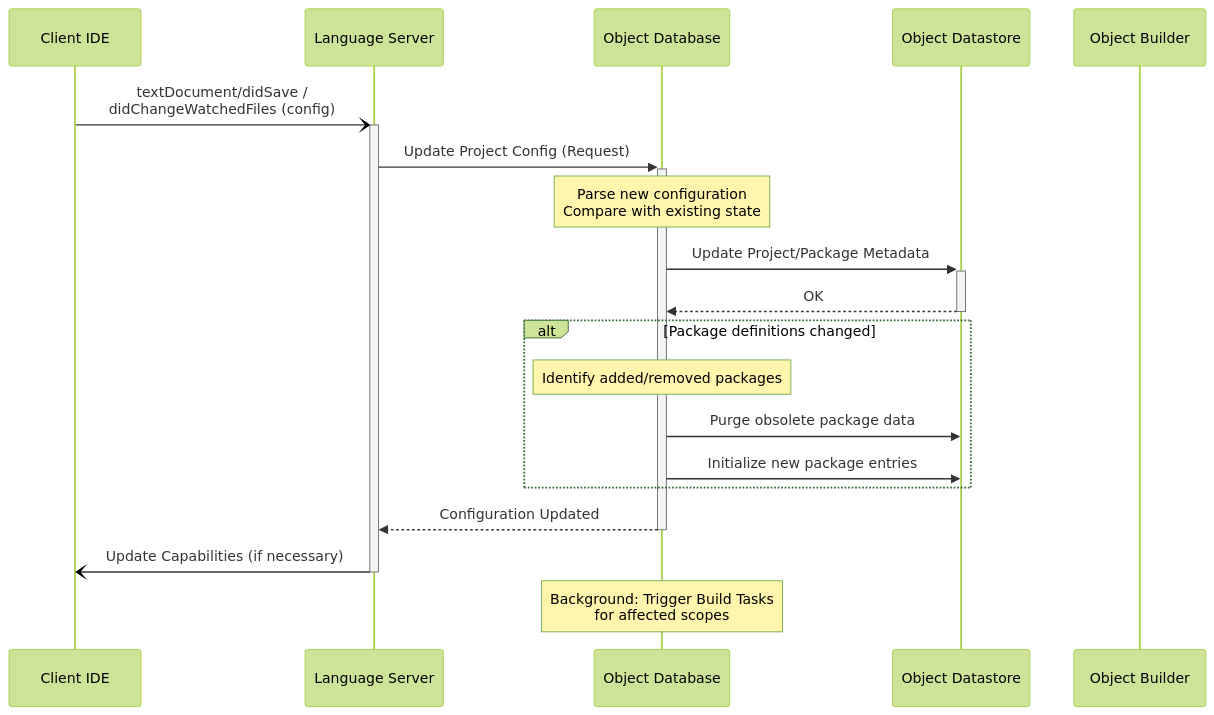
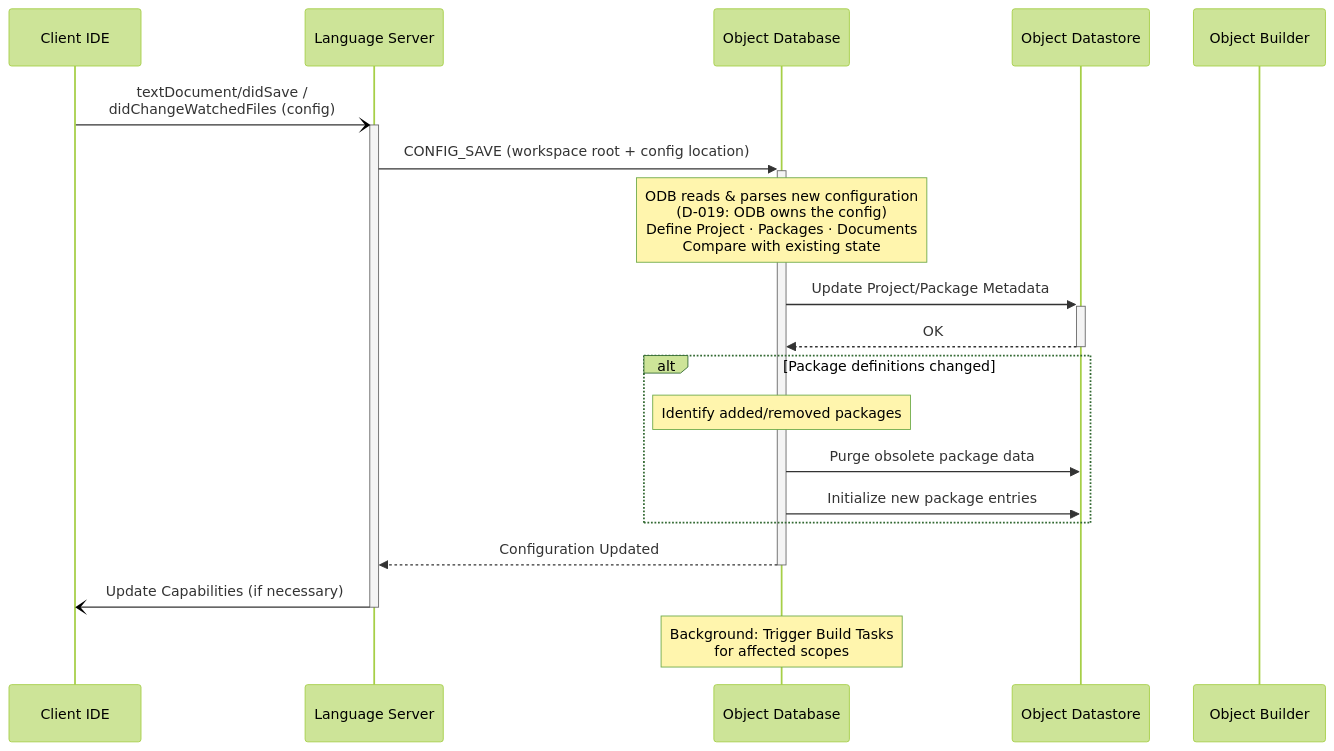
One commit to tyskdm/gdoc changed the diagram in docs/architecture/gdocServer/usecase_analysis/2. Edit Workspace Configuration File.md. Above: the diagram before and after it, drawn with Mermaid (forest theme). The commit also changed 6 other files, not shown here.

First line of the commit message:
docs: ODB owns workspace config scoping (D-019)

````diff
--- a/docs/architecture/gdocServer/usecase_analysis/2. Edit Workspace Configuration File.md
+++ b/docs/architecture/gdocServer/usecase_analysis/2. Edit Workspace Configuration File.md
@@ -20,26 +20,26 @@
 ```mermaid
 sequenceDiagram
   participant IDE as Client IDE
   participant LS as Language Server
   participant ODB as Object Database
   participant OBJ as Object Datastore
   participant BLD as Object Builder
 
   IDE -) +LS: textDocument/didSave /<br/>didChangeWatchedFiles (config)
-    LS ->> +ODB: Update Project Config (Request)
-      Note over ODB: Parse new configuration<br/>Compare with existing state
+    LS ->> +ODB: CONFIG_SAVE (workspace root + config location)
+      Note over ODB: ODB reads & parses new configuration<br/>(D-019: ODB owns the config)<br/>Define Project · Packages · Documents<br/>Compare with existing state
       ODB ->> +OBJ: Update Project/Package Metadata
       OBJ -->> -ODB: OK
       
       alt Package definitions changed
         Note over ODB: Identify added/removed packages
         ODB ->> OBJ: Purge obsolete package data
         ODB ->> OBJ: Initialize new package entries
       end
       
       ODB -->> -LS: Configuration Updated
     LS -) IDE: Update Capabilities (if necessary)
   deactivate LS
 
   Note over ODB: Background: Trigger Build Tasks<br/>for affected scopes
 ```
````
